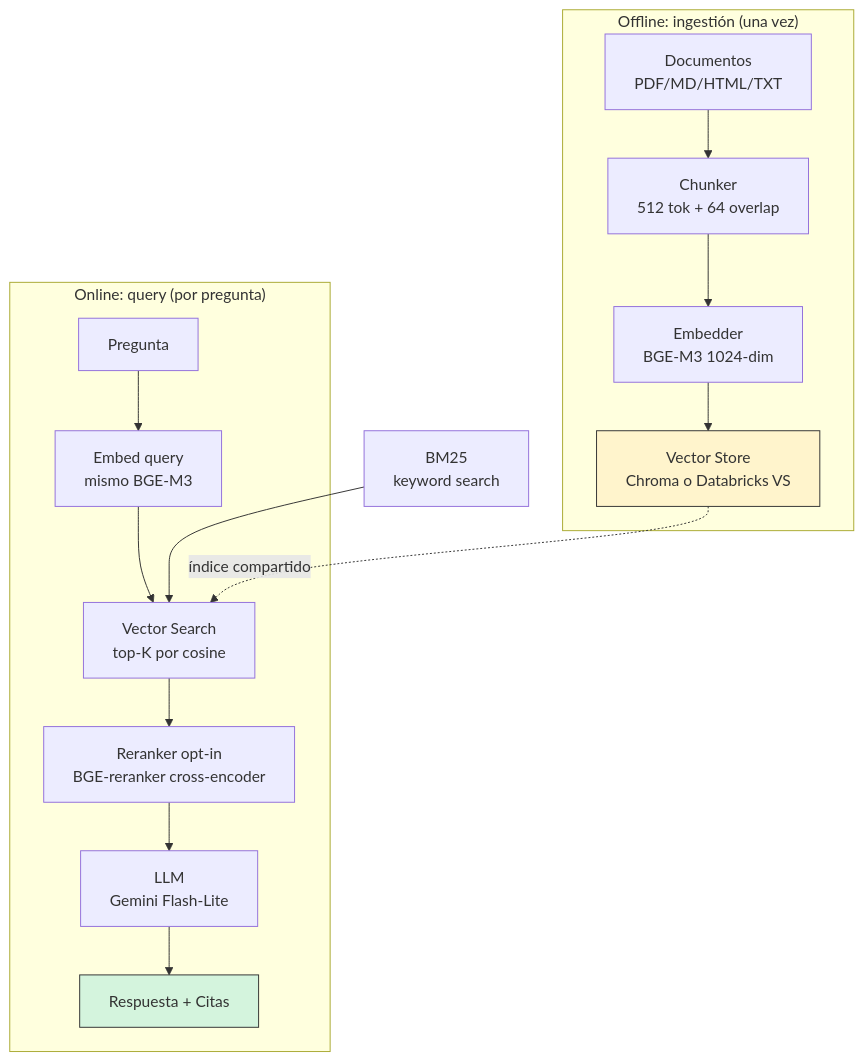
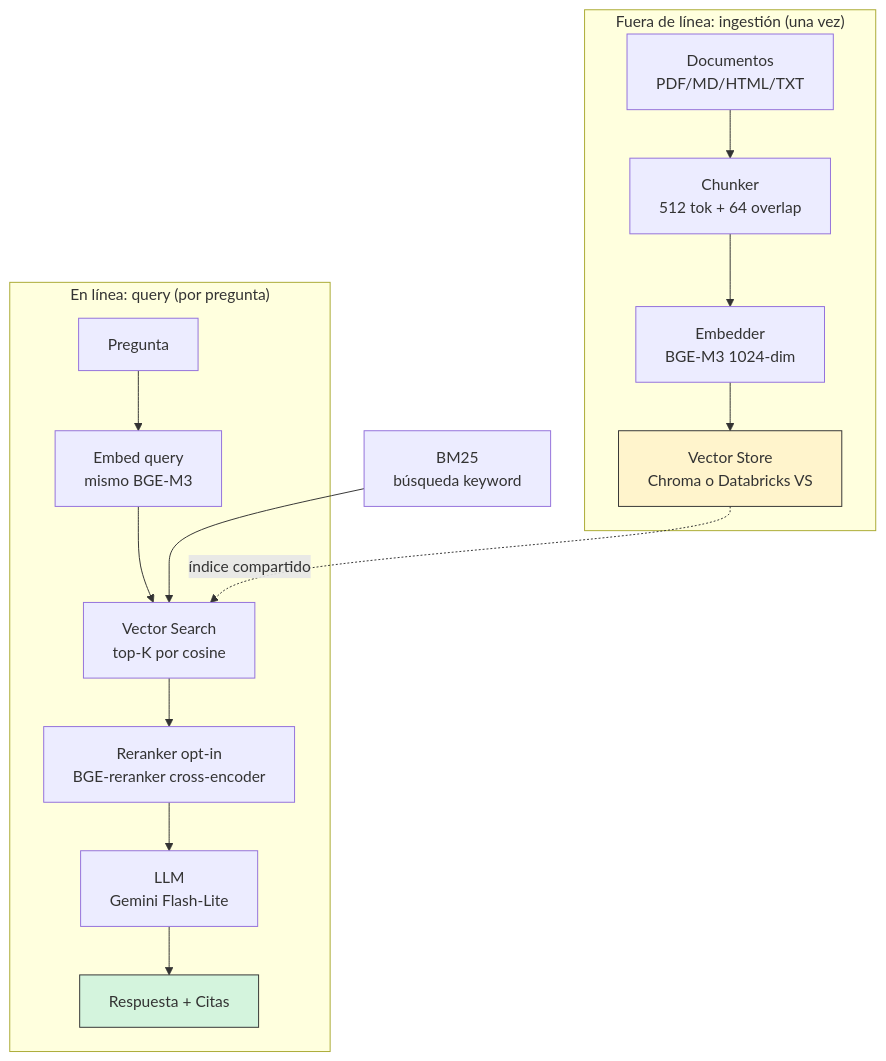
The diagram in docs/diagrams/architecture.md (franco18min/rag-docs), drawn with Mermaid before and after one commit. The commit also changed other lines of this file and 8 other files, not shown here.

````diff
--- a/docs/diagrams/architecture.md
+++ b/docs/diagrams/architecture.md
@@ -100,23 +100,23 @@
 ```mermaid
 flowchart TB
-    subgraph offline["Offline: ingestión (una vez)"]
+    subgraph offline["Fuera de línea: ingestión (una vez)"]
         A[Documentos<br/>PDF/MD/HTML/TXT] --> B[Chunker<br/>512 tok + 64 overlap]
         B --> C[Embedder<br/>BGE-M3 1024-dim]
         C --> D[Vector Store<br/>Chroma o Databricks VS]
     end
 
-    subgraph online["Online: query (por pregunta)"]
+    subgraph online["En línea: query (por pregunta)"]
         E[Pregunta] --> F[Embed query<br/>mismo BGE-M3]
         F --> G[Vector Search<br/>top-K por cosine]
         G --> H[Reranker opt-in<br/>BGE-reranker cross-encoder]
         H --> I[LLM<br/>Gemini Flash-Lite]
         I --> J[Respuesta + Citas]
     end
 
     D -. índice compartido .-> G
 
-    K[BM25<br/>keyword search] --> G
+    K[BM25<br/>búsqueda keyword] --> G
 
     style D fill:#fff4cc,stroke:#333
     style J fill:#d4f4dd,stroke:#333
 ```
````
